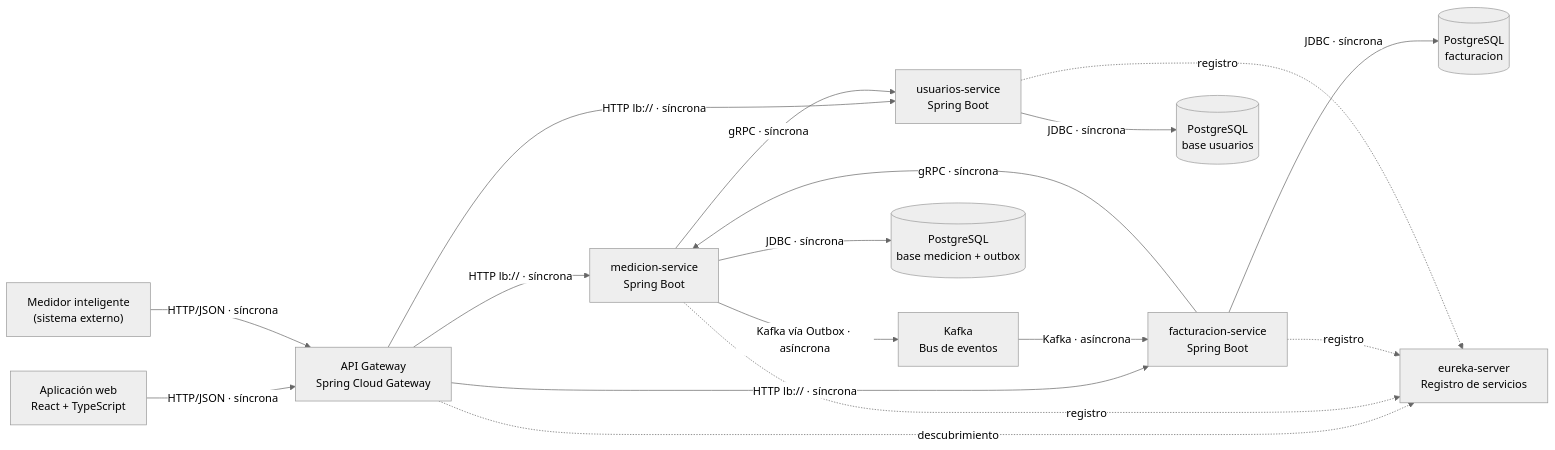
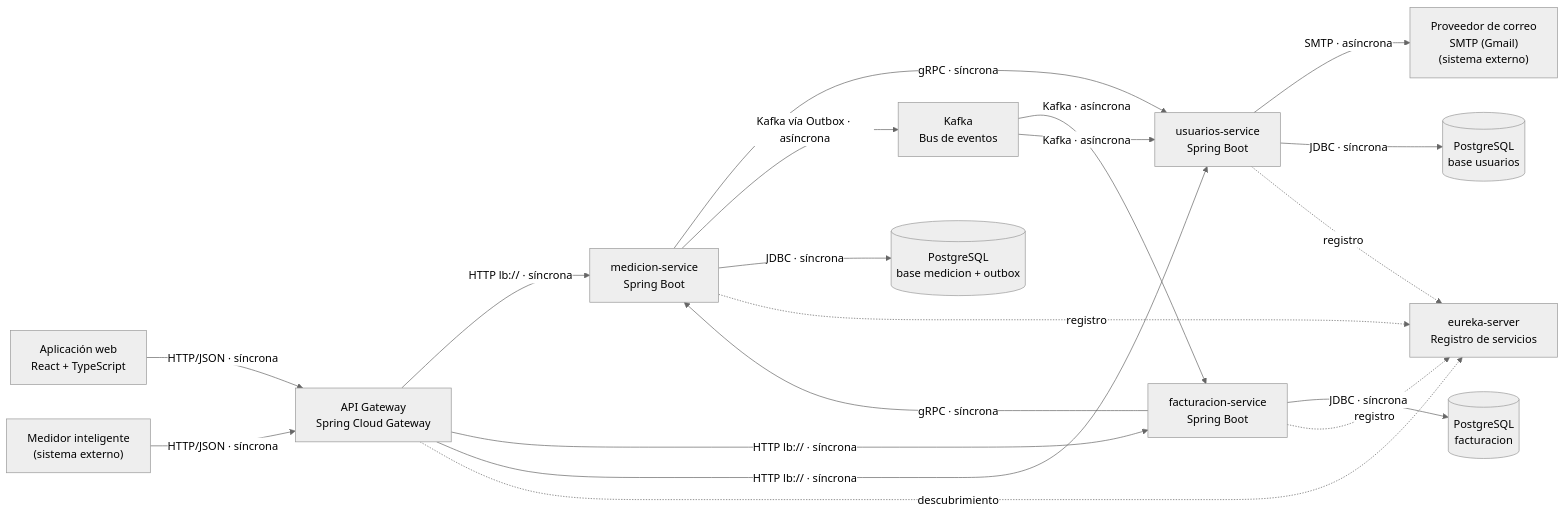
Before and after one commit to licethlopez02/SmartGrid_G9: the diagram in ARQUITECTURA.md, drawn with Mermaid (neutral theme). The commit also changed other lines of this file and 1 other file, not shown here.

Commit message:
docs: README con guía de arranque y prueba completa; ARQUITECTURA actualizada (Spring Boot 4.1.2, alertas por correo, riesgos)

````diff
--- a/ARQUITECTURA.md
+++ b/ARQUITECTURA.md
@@ -47,31 +48,34 @@
 ```mermaid
 flowchart LR
   medidor["Medidor inteligente<br/>(sistema externo)"]
   web["Aplicación web<br/>React + TypeScript"]
   gw["API Gateway<br/>Spring Cloud Gateway"]
   eureka["eureka-server<br/>Registro de servicios"]
   med["medicion-service<br/>Spring Boot"]
   fac["facturacion-service<br/>Spring Boot"]
   usu["usuarios-service<br/>Spring Boot"]
   bus["Kafka<br/>Bus de eventos"]
+  smtp["Proveedor de correo<br/>SMTP (Gmail)<br/>(sistema externo)"]
   dbm[("PostgreSQL<br/>base medicion + outbox")]
   dbu[("PostgreSQL<br/>base usuarios")]
   dbf[("PostgreSQL<br/>facturacion")]
 
   web -->|"HTTP/JSON · síncrona"| gw
   medidor -->|"HTTP/JSON · síncrona"| gw
   gw -->|"HTTP lb:// · síncrona"| med
   gw -->|"HTTP lb:// · síncrona"| fac
   gw -->|"HTTP lb:// · síncrona"| usu
   med -->|"gRPC · síncrona"| usu
   fac -->|"gRPC · síncrona"| med
   med -->|"Kafka vía Outbox · asíncrona"| bus
   bus -->|"Kafka · asíncrona"| fac
+  bus -->|"Kafka · asíncrona"| usu
+  usu -->|"SMTP · asíncrona"| smtp
   med -->|"JDBC · síncrona"| dbm
   usu -->|"JDBC · síncrona"| dbu
   fac -->|"JDBC · síncrona"| dbf
   gw -.->|"descubrimiento"| eureka
   med -.->|"registro"| eureka
   fac -.->|"registro"| eureka
   usu -.->|"registro"| eureka
 ```
````
